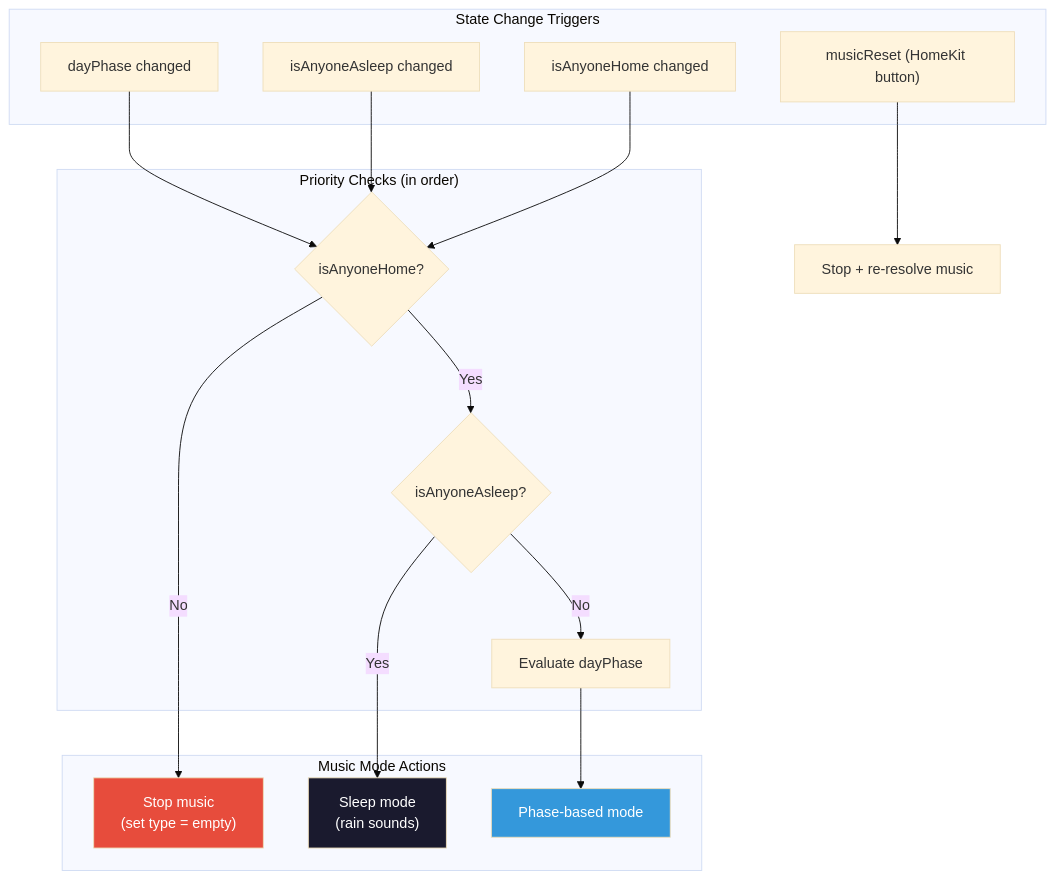
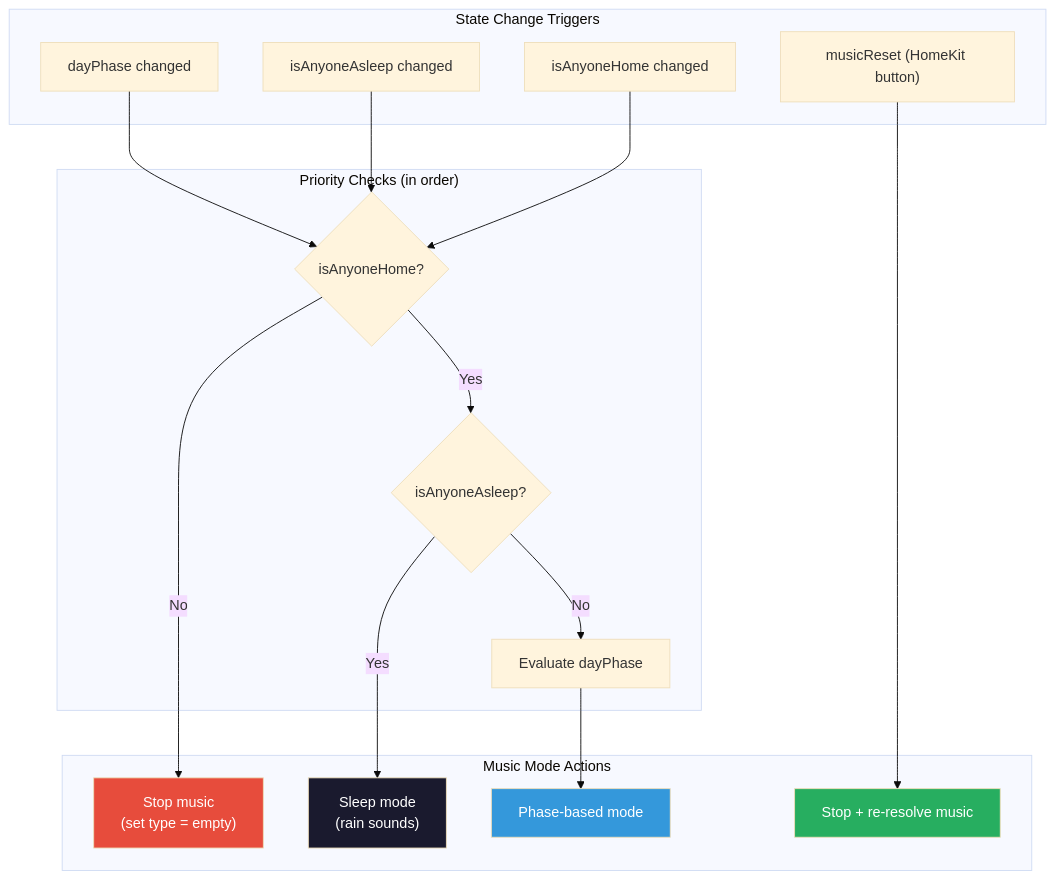
Before and after one commit to NickBorgers/home-automation: the first of 7 diagrams in docs/flows/MUSIC_PLAYBACK.md, drawn with Mermaid (base theme).

Commit message:
fix(docs): move resetAction into Actions subgraph and add style
All three reviewers flagged that resetAction was defined inline on
the edge, placing it outside all subgraphs and leaving it unstyled.
Move it into the Actions subgraph alongside stopMusic/sleepMode/phaseMode,
and add a matching green fill to match sibling terminal action nodes.

````diff
--- a/docs/flows/MUSIC_PLAYBACK.md
+++ b/docs/flows/MUSIC_PLAYBACK.md
@@ -15,36 +15,38 @@
 ```mermaid
 flowchart TD
     subgraph Triggers["State Change Triggers"]
         dayPhase["dayPhase changed"]
         isAnyoneAsleep["isAnyoneAsleep changed"]
         isAnyoneHome["isAnyoneHome changed"]
         musicReset["musicReset (HomeKit button)"]
     end
 
     subgraph Priority["Priority Checks (in order)"]
         checkHome{"isAnyoneHome?"}
         checkSleep{"isAnyoneAsleep?"}
         checkPhase["Evaluate dayPhase"]
     end
 
     subgraph Actions["Music Mode Actions"]
         stopMusic["Stop music<br/>(set type = empty)"]
         sleepMode["Sleep mode<br/>(rain sounds)"]
         phaseMode["Phase-based mode"]
+        resetAction["Stop + re-resolve music"]
     end
 
     dayPhase --> checkHome
     isAnyoneAsleep --> checkHome
     isAnyoneHome --> checkHome
-    musicReset --> resetAction["Stop + re-resolve music"]
+    musicReset --> resetAction
 
     checkHome -->|No| stopMusic
     checkHome -->|Yes| checkSleep
     checkSleep -->|Yes| sleepMode
     checkSleep -->|No| checkPhase
     checkPhase --> phaseMode
 
     style stopMusic fill:#e74c3c,color:#fff
     style sleepMode fill:#1a1a2e,color:#fff
     style phaseMode fill:#3498db,color:#fff
+    style resetAction fill:#27ae60,color:#fff
 ```
````
